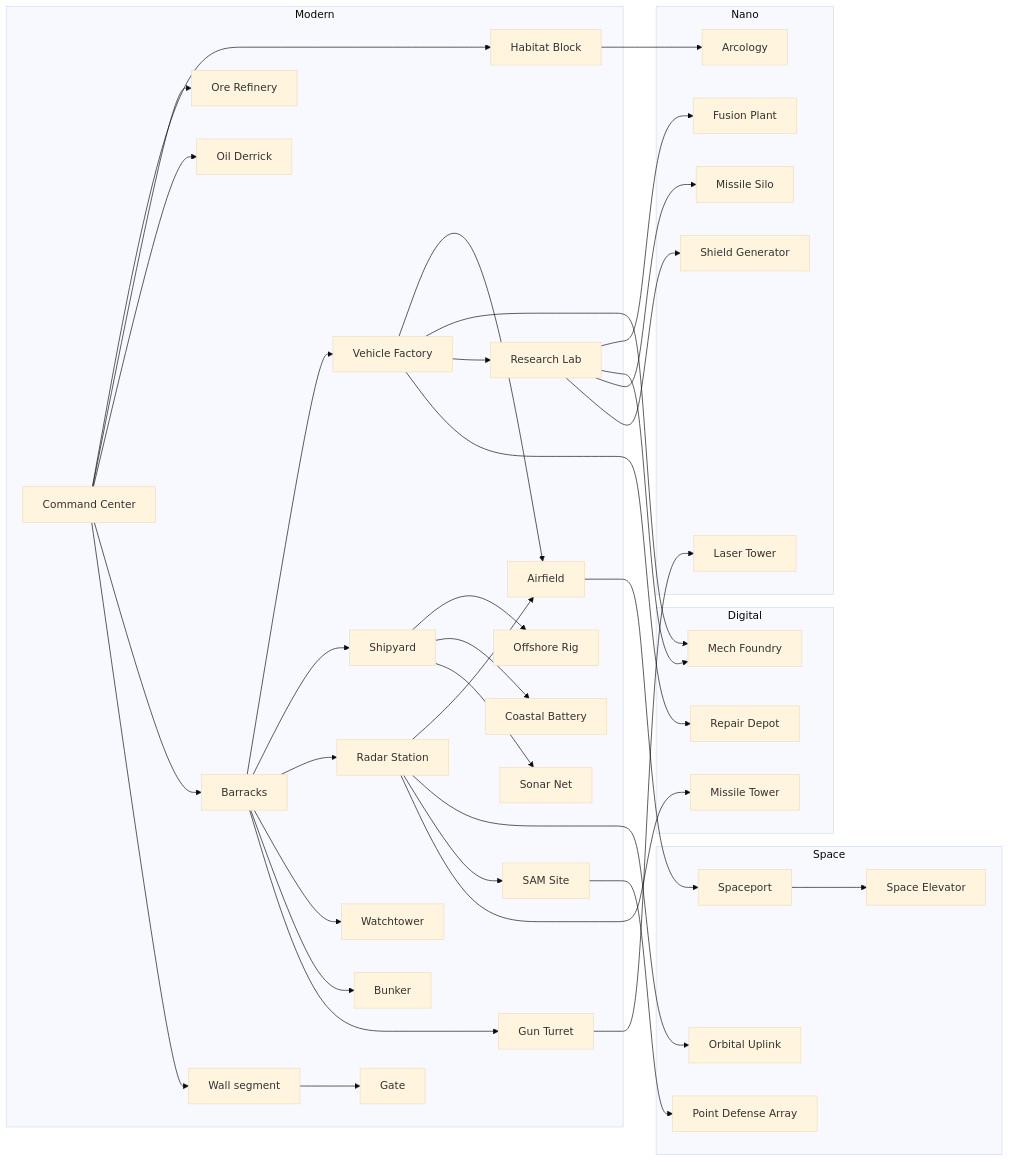
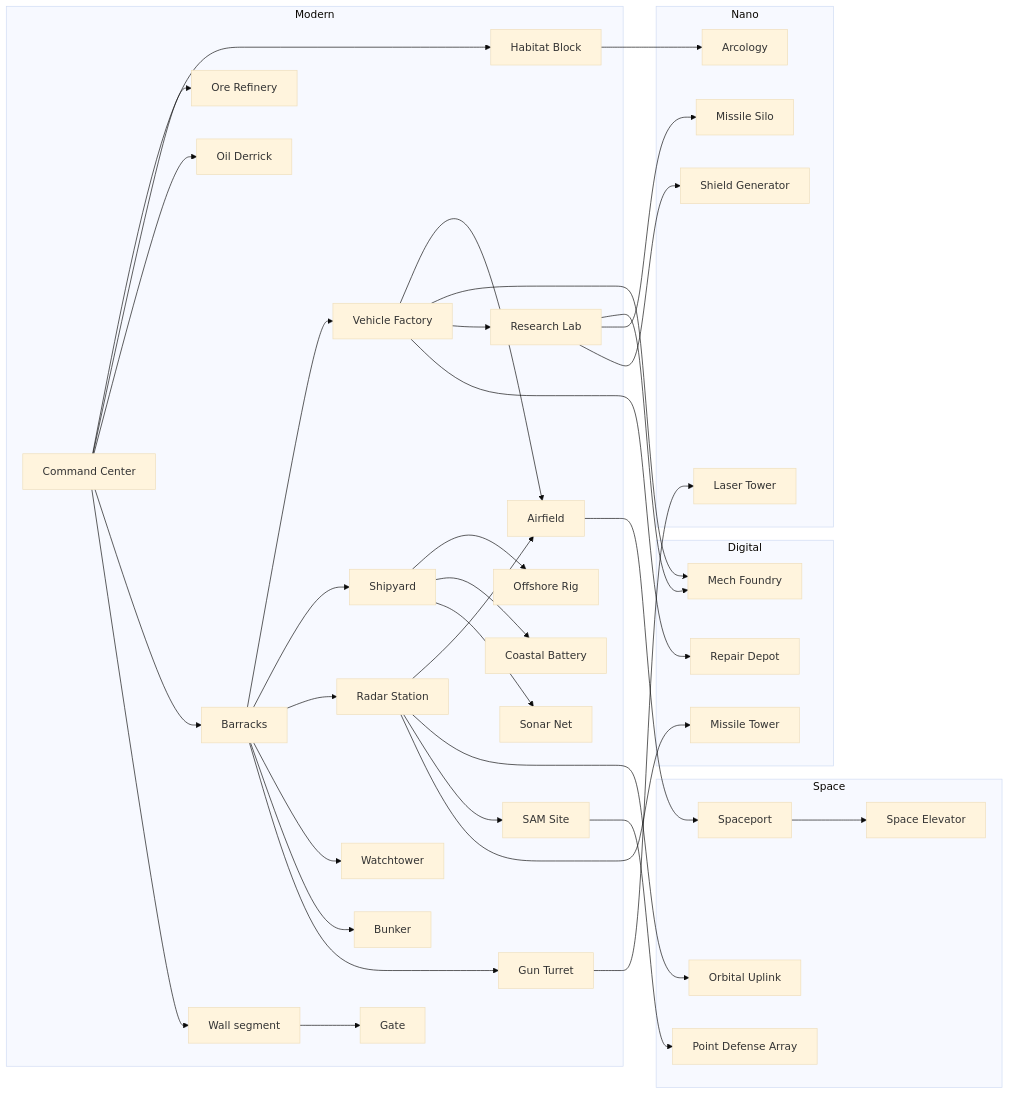
One commit to mattB1989/ascension-rts changed the diagram in docs/TECH_TREE.md. Above: the diagram before and after it, drawn with Mermaid (base theme). The commit also changed other lines of this file and 16 other files, not shown here.

````diff
--- a/docs/TECH_TREE.md
+++ b/docs/TECH_TREE.md
@@ -33,74 +33,72 @@
 ```mermaid
 flowchart LR
   subgraph Modern
     command_center[Command Center]
     habitat_block[Habitat Block]
     ore_refinery[Ore Refinery]
     oil_derrick[Oil Derrick]
     offshore_rig[Offshore Rig]
     barracks[Barracks]
     vehicle_factory[Vehicle Factory]
     shipyard[Shipyard]
     airfield[Airfield]
     radar_station[Radar Station]
     research_lab[Research Lab]
     wall[Wall segment]
     gate[Gate]
     watchtower[Watchtower]
     bunker[Bunker]
     gun_turret[Gun Turret]
     sam_site[SAM Site]
     coastal_battery[Coastal Battery]
     sonar_net[Sonar Net]
   end
   subgraph Digital
     mech_foundry[Mech Foundry]
     repair_depot[Repair Depot]
     missile_tower[Missile Tower]
   end
   subgraph Nano
     arcology[Arcology]
-    fusion_plant[Fusion Plant]
     missile_silo[Missile Silo]
     laser_tower[Laser Tower]
     shield_generator[Shield Generator]
   end
   subgraph Space
     spaceport[Spaceport]
     orbital_uplink[Orbital Uplink]
     space_elevator[Space Elevator]
     point_defense_array[Point Defense Array]
   end
   command_center --> habitat_block
   habitat_block --> arcology
   command_center --> ore_refinery
   command_center --> oil_derrick
   shipyard --> offshore_rig
-  research_lab --> fusion_plant
   command_center --> barracks
   barracks --> vehicle_factory
   barracks --> shipyard
   radar_station --> airfield
   vehicle_factory --> airfield
   research_lab --> mech_foundry
   vehicle_factory --> mech_foundry
   airfield --> spaceport
   barracks --> radar_station
   vehicle_factory --> research_lab
   vehicle_factory --> repair_depot
   research_lab --> missile_silo
   radar_station --> orbital_uplink
   spaceport --> space_elevator
   command_center --> wall
   wall --> gate
   barracks --> watchtower
   barracks --> bunker
   barracks --> gun_turret
   radar_station --> sam_site
   shipyard --> coastal_battery
   shipyard --> sonar_net
   radar_station --> missile_tower
   gun_turret --> laser_tower
   research_lab --> shield_generator
   sam_site --> point_defense_array
 ```
````
